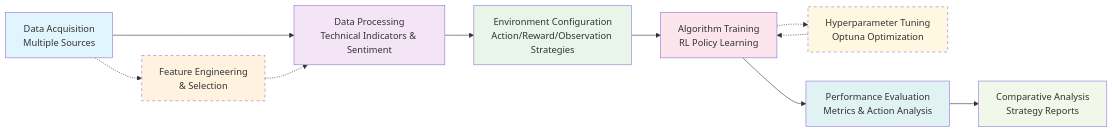
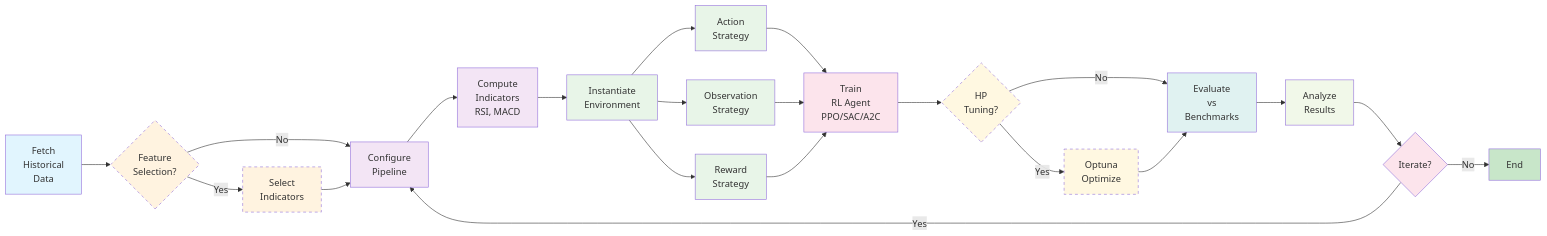
Before and after one commit to whanyu1212/QuantRL-Lab: the first of 6 diagrams in README.md, drawn with Mermaid. The commit also changed other lines of this file, not shown here.

Commit message:
refined system diagrams

````diff
--- a/README.md
+++ b/README.md
@@ -54,24 +61,52 @@
 ```mermaid
 flowchart LR
-    A[Data Acquisition<br/>Multiple Sources] --> B[Data Processing<br/>Technical Indicators & Sentiment]
-    A -.-> C[Feature Engineering<br/>& Selection]
-    C -.-> B
-    B --> D[Environment Configuration<br/>Action/Reward/Observation Strategies]
-    D --> E[Algorithm Training<br/>RL Policy Learning]
-    E -.-> F[Hyperparameter Tuning<br/>Optuna Optimization]
-    F -.-> E
-    E --> G[Performance Evaluation<br/>Metrics & Action Analysis]
-    G --> H[Comparative Analysis<br/>Strategy Reports]
+    A[Fetch<br/>Historical<br/>Data] --> B{Feature<br/>Selection?}
+
+    B -->|Yes| C[Select<br/>Indicators]
+    B -->|No| D[Configure<br/>Pipeline]
+    C --> D
+
+    D --> E[Compute<br/>Indicators<br/>RSI, MACD]
+
+    E --> F[Instantiate<br/>Environment]
+
+    F --> G[Action<br/>Strategy]
+    F --> H[Observation<br/>Strategy]
+    F --> I[Reward<br/>Strategy]
+
+    G --> J[Train<br/>RL Agent<br/>PPO/SAC/A2C]
+    H --> J
+    I --> J
+
+    J --> K{HP<br/>Tuning?}
+
+    K -->|Yes| L[Optuna<br/>Optimize]
+    K -->|No| M[Evaluate<br/>vs<br/>Benchmarks]
+    L --> M
+
+    M --> N[Analyze<br/>Results]
+    N --> O{Iterate?}
+
+    O -->|Yes| D
+    O -->|No| P[End]
 
     style A fill:#e1f5fe
-    style B fill:#f3e5f5
+    style B fill:#fff3e0
     style C fill:#fff3e0
-    style D fill:#e8f5e8
-    style E fill:#fce4ec
-    style F fill:#fff8e1
-    style G fill:#e0f2f1
-    style H fill:#f1f8e9
+    style D fill:#f3e5f5
+    style E fill:#f3e5f5
+    style F fill:#e8f5e8
+    style G fill:#e8f5e8
+    style H fill:#e8f5e8
+    style I fill:#e8f5e8
+    style J fill:#fce4ec
+    style K fill:#fff8e1
+    style L fill:#fff8e1
+    style M fill:#e0f2f1
+    style N fill:#f1f8e9
+    style O fill:#fce4ec
+    style P fill:#c8e6c9
 
     classDef optional stroke-dasharray: 5 5
-    class C,F optional
+    class B,C,K,L optional
 ```
````
